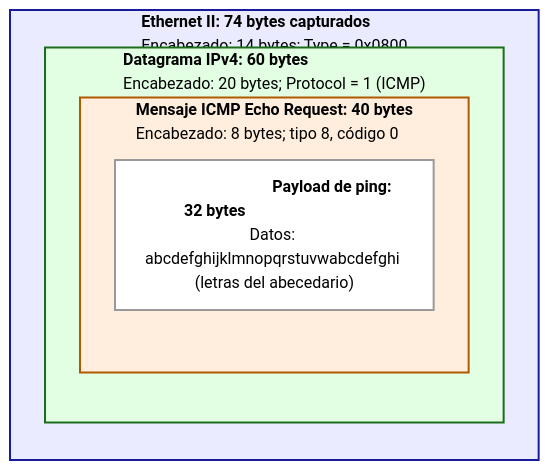
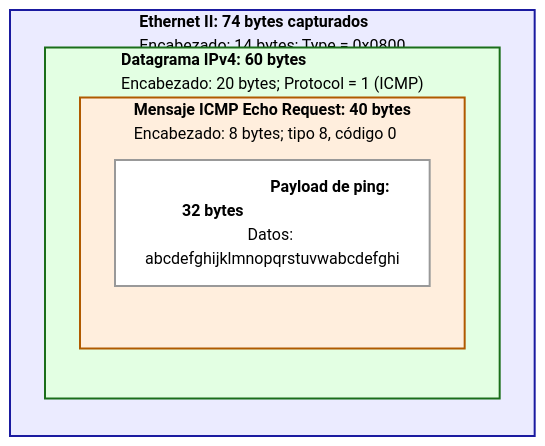
One commit to Redes-UNC/LAN-gustia changed the diagram in TP5.md. Above: the diagram before and after it, drawn with Mermaid. The commit also changed other lines of this file, not shown here.

````diff
--- a/TP5.md
+++ b/TP5.md
@@ -107,18 +107,18 @@
 ```mermaid
 flowchart TB
   subgraph E["<b>Ethernet II: 74 bytes capturados</b><br/>Encabezado: 14 bytes; Type = 0x0800"]
     direction TB
     subgraph I["<b>Datagrama IPv4: 60 bytes</b><br/>Encabezado: 20 bytes; Protocol = 1 (ICMP)"]
       direction TB
       subgraph C["<b>Mensaje ICMP Echo Request: 40 bytes</b><br/>Encabezado: 8 bytes; tipo 8, código 0"]
         direction TB
-        P["&nbsp;&nbsp;&nbsp;&nbsp;&nbsp;&nbsp;&nbsp;&nbsp;&nbsp;&nbsp;&nbsp;&nbsp;&nbsp;&nbsp;&nbsp;&nbsp;&nbsp;&nbsp;&nbsp;&nbsp;&nbsp;&nbsp;&nbsp;&nbsp;&nbsp;&nbsp;&nbsp;&nbsp;&nbsp;&nbsp;<b>Payload de ping: 32 bytes</b>&nbsp;&nbsp;&nbsp;&nbsp;&nbsp;&nbsp;&nbsp;&nbsp;&nbsp;&nbsp;&nbsp;&nbsp;&nbsp;&nbsp;&nbsp;&nbsp;&nbsp;&nbsp;&nbsp;&nbsp;&nbsp;&nbsp;&nbsp;&nbsp;&nbsp;&nbsp;&nbsp;&nbsp;&nbsp;&nbsp;<br/>Datos: abcdefghijklmnopqrstuvwabcdefghi (letras del abecedario)"]
+        P["&nbsp;&nbsp;&nbsp;&nbsp;&nbsp;&nbsp;&nbsp;&nbsp;&nbsp;&nbsp;&nbsp;&nbsp;&nbsp;&nbsp;&nbsp;&nbsp;&nbsp;&nbsp;&nbsp;&nbsp;&nbsp;&nbsp;&nbsp;&nbsp;&nbsp;&nbsp;&nbsp;&nbsp;&nbsp;&nbsp;<b>Payload de ping: 32 bytes</b>&nbsp;&nbsp;&nbsp;&nbsp;&nbsp;&nbsp;&nbsp;&nbsp;&nbsp;&nbsp;&nbsp;&nbsp;&nbsp;&nbsp;&nbsp;&nbsp;&nbsp;&nbsp;&nbsp;&nbsp;&nbsp;&nbsp;&nbsp;&nbsp;&nbsp;&nbsp;&nbsp;&nbsp;&nbsp;&nbsp;<br/>Datos: abcdefghijklmnopqrstuvwabcdefghi"]
       end
     end
   end
 
   style E fill:#EBEBFF,stroke:#1a1aa0,stroke-width:2px,color:#000
   style I fill:#E3FFE3,stroke:#1a6e1a,stroke-width:2px,color:#000
   style C fill:#FFEEDD,stroke:#B05A00,stroke-width:2px,color:#000
   style P fill:#FFFFFF,stroke:#999999,stroke-width:2px,color:#000
 ```
````
